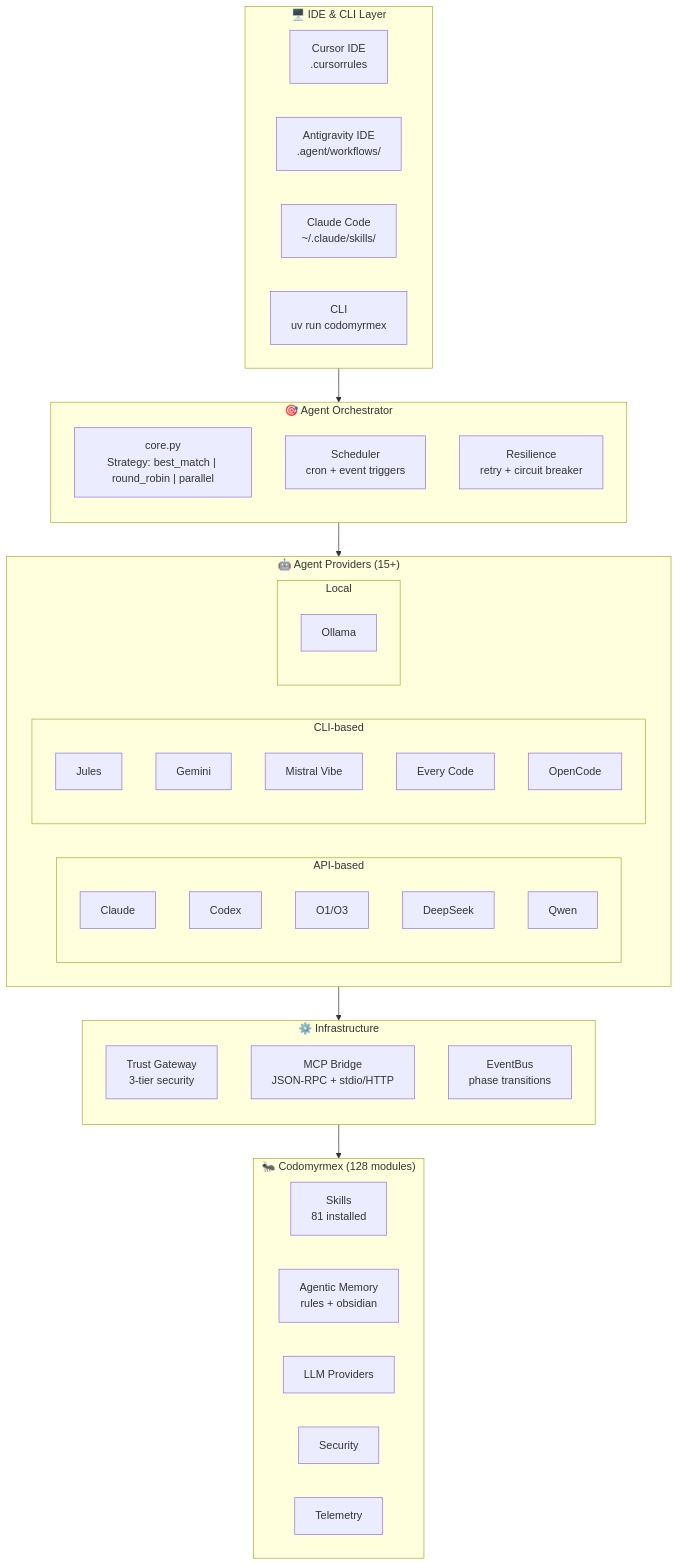
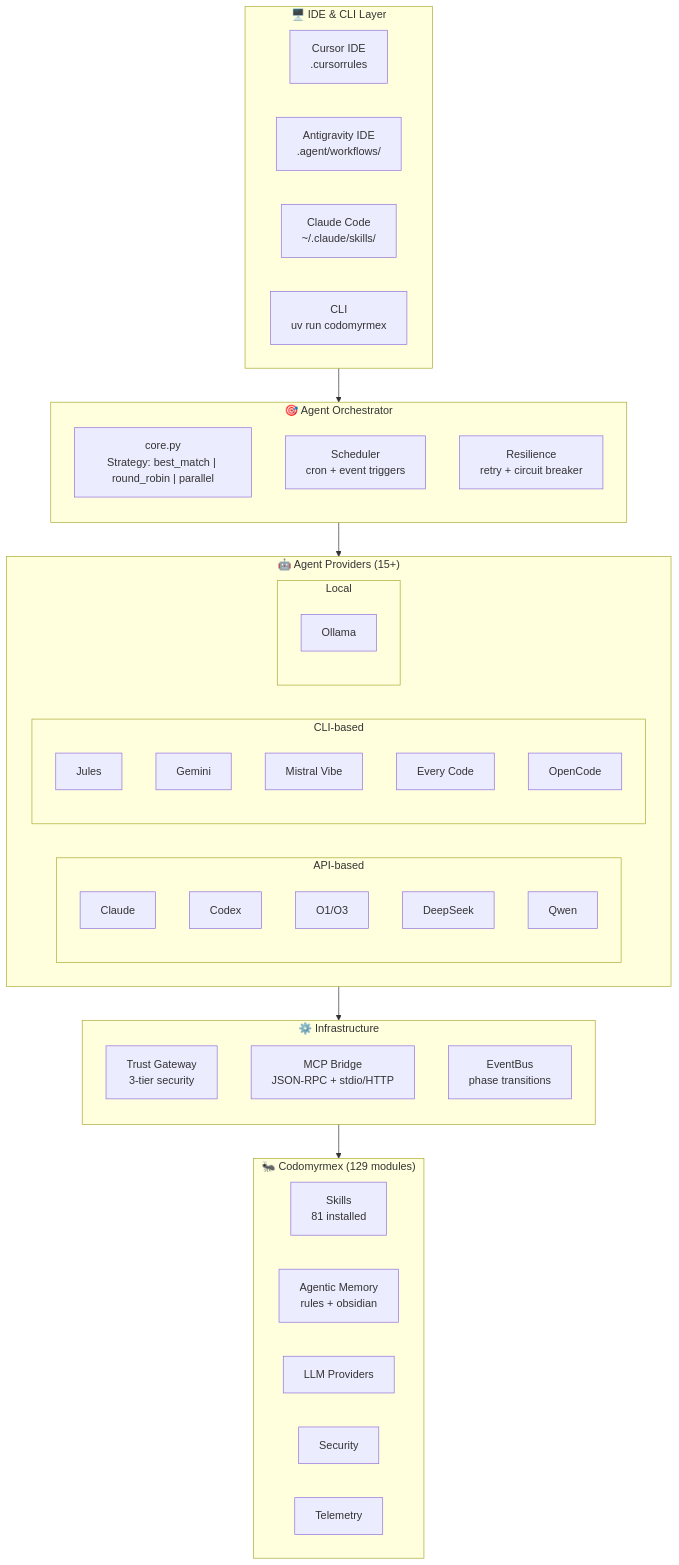
The first of 11 diagrams in docs/getting-started/GETTING_STARTED_WITH_AGENTS.md (docxology/codomyrmex), drawn with Mermaid before and after one commit. The commit also changed other lines of this file and 948 other files, not shown here.

````diff
--- a/docs/getting-started/GETTING_STARTED_WITH_AGENTS.md
+++ b/docs/getting-started/GETTING_STARTED_WITH_AGENTS.md
@@ -13,59 +13,59 @@
 ```mermaid
 graph TB
     subgraph IDE["🖥️ IDE & CLI Layer"]
         direction LR
         CURSOR["Cursor IDE<br/>.cursorrules"]
         ANTIGRAV["Antigravity IDE<br/>.agent/workflows/"]
         CLAUDE_CODE["Claude Code<br/>~/.claude/skills/"]
         CLI["CLI<br/>uv run codomyrmex"]
     end
 
     subgraph ORCH["🎯 Agent Orchestrator"]
         direction TB
         CORE["core.py<br/>Strategy: best_match | round_robin | parallel"]
         SCHED["Scheduler<br/>cron + event triggers"]
         RESILIENCE["Resilience<br/>retry + circuit breaker"]
     end
 
     subgraph AGENTS["🤖 Agent Providers (15+)"]
         direction LR
         subgraph API_AGENTS["API-based"]
             CLAUDE["Claude"]
             CODEX["Codex"]
             O1["O1/O3"]
             DEEPSEEK["DeepSeek"]
             QWEN["Qwen"]
         end
         subgraph CLI_AGENTS["CLI-based"]
             JULES["Jules"]
             GEMINI["Gemini"]
             MISTRAL["Mistral Vibe"]
             EVERYCODE["Every Code"]
             OPENCODE["OpenCode"]
         end
         subgraph LOCAL_AGENTS["Local"]
             OLLAMA["Ollama"]
         end
     end
 
     subgraph INFRA["⚙️ Infrastructure"]
         direction TB
         TRUST["Trust Gateway<br/>3-tier security"]
         MCP["MCP Bridge<br/>JSON-RPC + stdio/HTTP"]
         EVENTS["EventBus<br/>phase transitions"]
     end
 
-    subgraph MODULES["🐜 Codomyrmex (128 modules)"]
+    subgraph MODULES["🐜 Codomyrmex (129 modules)"]
         direction LR
         SKILLS_MOD["Skills<br/>81 installed"]
         MEMORY_MOD["Agentic Memory<br/>rules + obsidian"]
         LLM_MOD["LLM Providers"]
         SEC_MOD["Security"]
         TELEM_MOD["Telemetry"]
     end
 
     IDE --> ORCH
     ORCH --> AGENTS
     AGENTS --> INFRA
     INFRA --> MODULES
 ```
````
